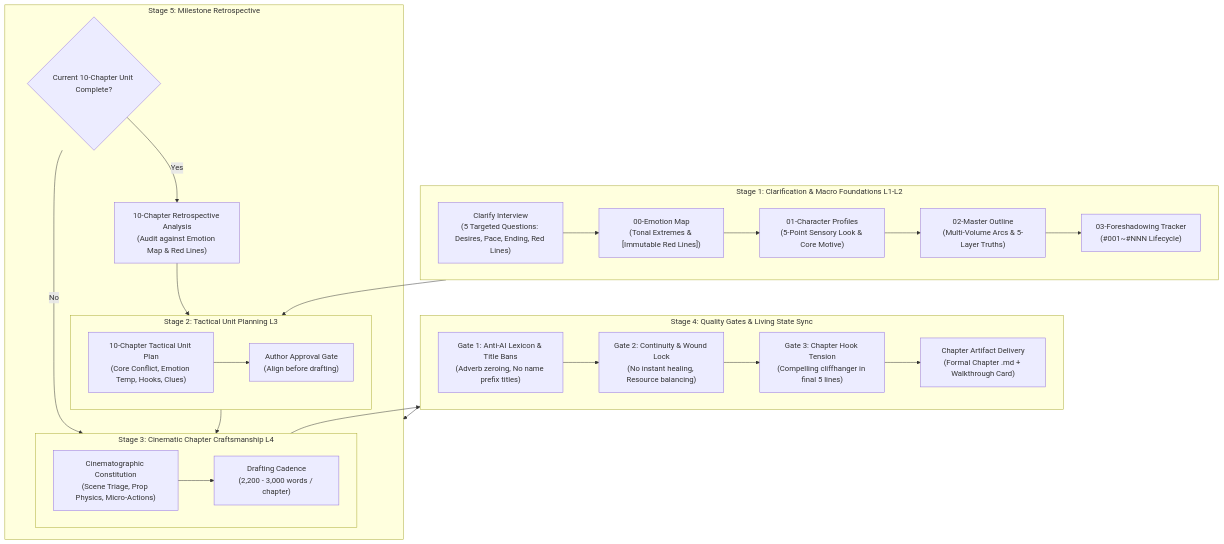
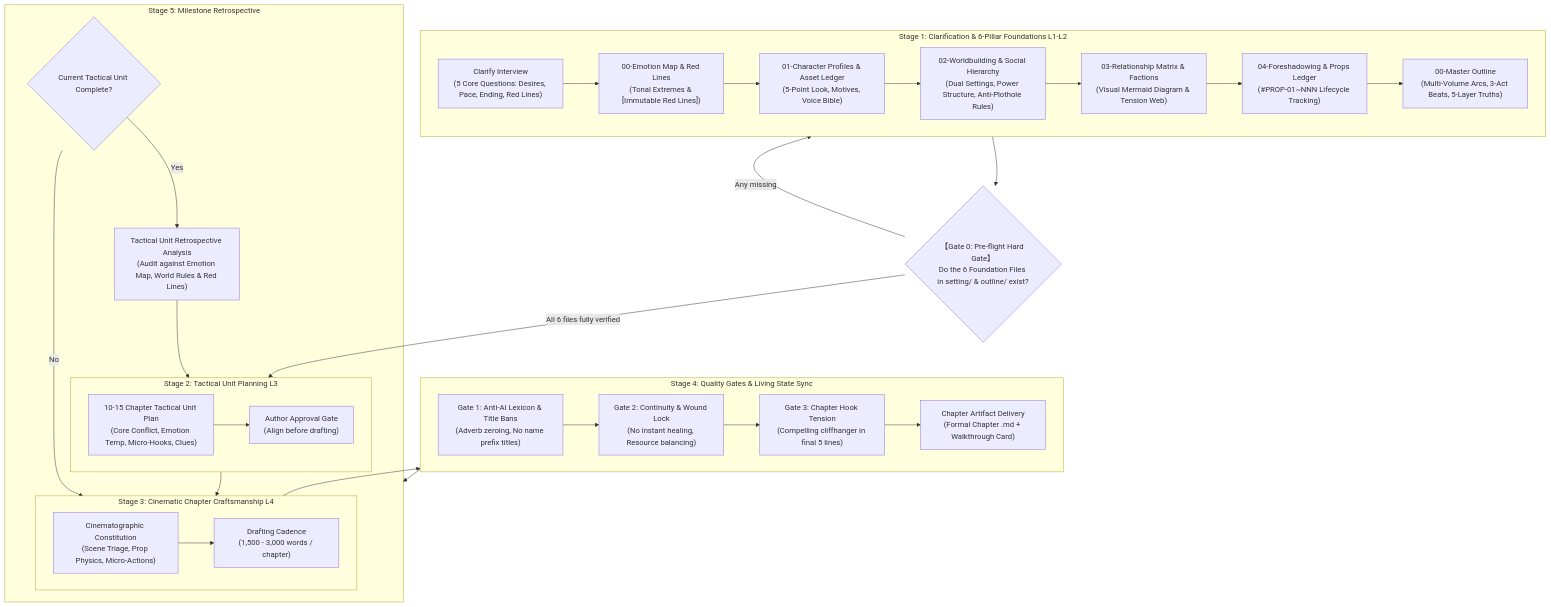
One commit to egguy886/commercial-writing-system changed the diagram in README.md. Above: the diagram before and after it, drawn with Mermaid. The commit also changed other lines of this file and 8 other files, not shown here.

Commit message:
feat(v1.2.0): add 6-pillar foundation files, pre-flight hard gate, and visual relationship matrix

````diff
--- a/README.md
+++ b/README.md
@@ -38,32 +38,39 @@
 ```mermaid
 flowchart TD
-    subgraph S1 [Stage 1: Clarification & Macro Foundations L1-L2]
-        A0["Clarify Interview<br/>(5 Targeted Questions: Desires, Pace, Ending, Red Lines)"] --> A1["00-Emotion Map<br/>(Tonal Extremes & [Immutable Red Lines])"]
-        A1 --> A2["01-Character Profiles<br/>(5-Point Sensory Look & Core Motive)"]
-        A2 --> A3["02-Master Outline<br/>(Multi-Volume Arcs & 5-Layer Truths)"]
-        A3 --> A4["03-Foreshadowing Tracker<br/>(#001~#NNN Lifecycle)"]
+    G0{"【Gate 0: Pre-flight Hard Gate】<br/>Do the 6 Foundation Files in setting/ & outline/ exist?"}
+    G0 -- Any missing --> S1
+    S1 --> G0
+    G0 -- All 6 files fully verified --> S2
+
+    subgraph S1 [Stage 1: Clarification & 6-Pillar Foundations L1-L2]
+        A0["Clarify Interview<br/>(5 Core Questions: Desires, Pace, Ending, Red Lines)"] --> A1["00-Emotion Map & Red Lines<br/>(Tonal Extremes & [Immutable Red Lines])"]
+        A1 --> A2["01-Character Profiles & Asset Ledger<br/>(5-Point Look, Motives, Voice Bible)"]
+        A2 --> A3["02-Worldbuilding & Social Hierarchy<br/>(Dual Settings, Power Structure, Anti-Plothole Rules)"]
+        A3 --> A4["03-Relationship Matrix & Factions<br/>(Visual Mermaid Diagram & Tension Web)"]
+        A4 --> A5["04-Foreshadowing & Props Ledger<br/>(#PROP-01~NNN Lifecycle Tracking)"]
+        A5 --> A6["00-Master Outline<br/>(Multi-Volume Arcs, 3-Act Beats, 5-Layer Truths)"]
     end
 
     subgraph S2 [Stage 2: Tactical Unit Planning L3]
-        B1["10-Chapter Tactical Unit Plan<br/>(Core Conflict, Emotion Temp, Hooks, Clues)"] --> B2["Author Approval Gate<br/>(Align before drafting)"]
+        B1["10-15 Chapter Tactical Unit Plan<br/>(Core Conflict, Emotion Temp, Micro-Hooks, Clues)"] --> B2["Author Approval Gate<br/>(Align before drafting)"]
     end
 
     subgraph S3 [Stage 3: Cinematic Chapter Craftsmanship L4]
-        C1["Cinematographic Constitution<br/>(Scene Triage, Prop Physics, Micro-Actions)"] --> C2["Drafting Cadence<br/>(2,200 - 3,000 words / chapter)"]
+        C1["Cinematographic Constitution<br/>(Scene Triage, Prop Physics, Micro-Actions)"] --> C2["Drafting Cadence<br/>(1,500 - 3,000 words / chapter)"]
     end
 
     subgraph S4 [Stage 4: Quality Gates & Living State Sync]
         D1["Gate 1: Anti-AI Lexicon & Title Bans<br/>(Adverb zeroing, No name prefix titles)"] --> D2["Gate 2: Continuity & Wound Lock<br/>(No instant healing, Resource balancing)"]
         D2 --> D3["Gate 3: Chapter Hook Tension<br/>(Compelling cliffhanger in final 5 lines)"]
         D3 --> D4["Chapter Artifact Delivery<br/>(Formal Chapter .md + Walkthrough Card)"]
     end
 
     subgraph S5 [Stage 5: Milestone Retrospective]
-        E1{"Current 10-Chapter Unit Complete?"}
+        E1{"Current Tactical Unit Complete?"}
         E1 -- No --> S3
-        E1 -- Yes --> E2["10-Chapter Retrospective Analysis<br/>(Audit against Emotion Map & Red Lines)"]
+        E1 -- Yes --> E2["Tactical Unit Retrospective Analysis<br/>(Audit against Emotion Map, World Rules & Red Lines)"]
         E2 --> S2
     end
 
-    S1 --> S2 --> S3 --> S4 --> S5
+    S2 --> S3 --> S4 --> S5
 ```
````
